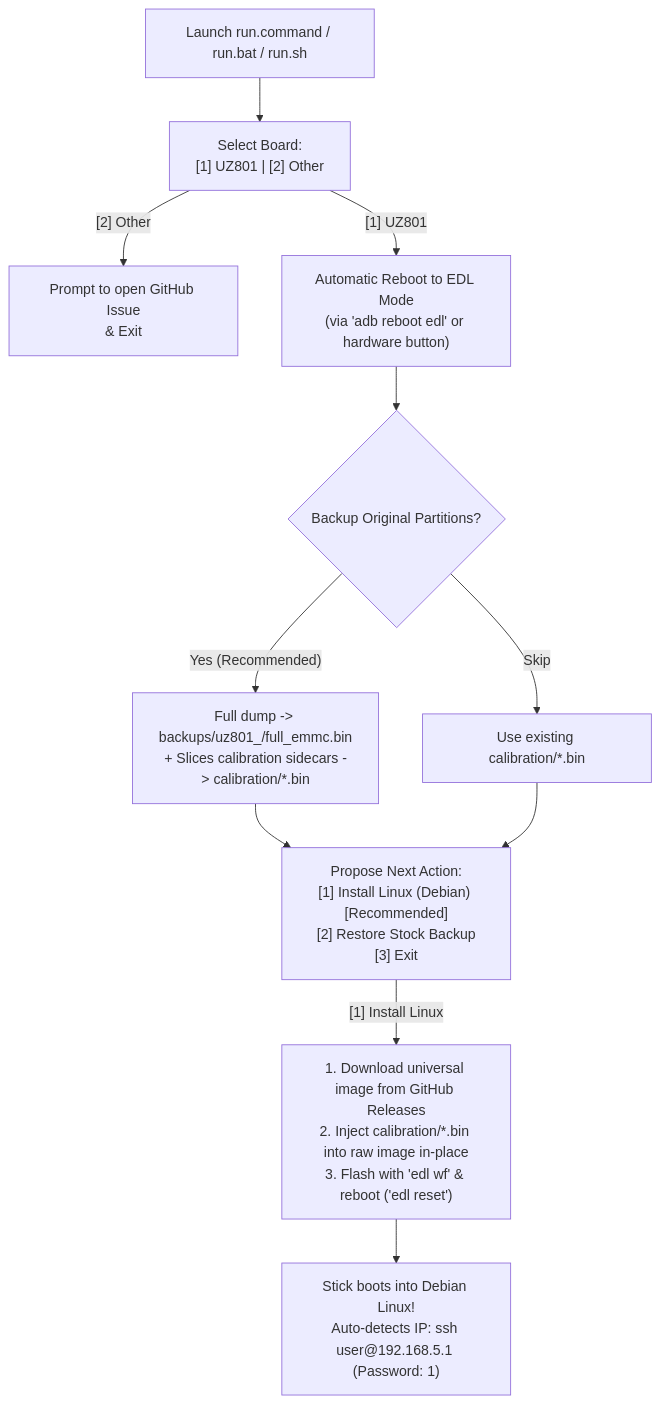
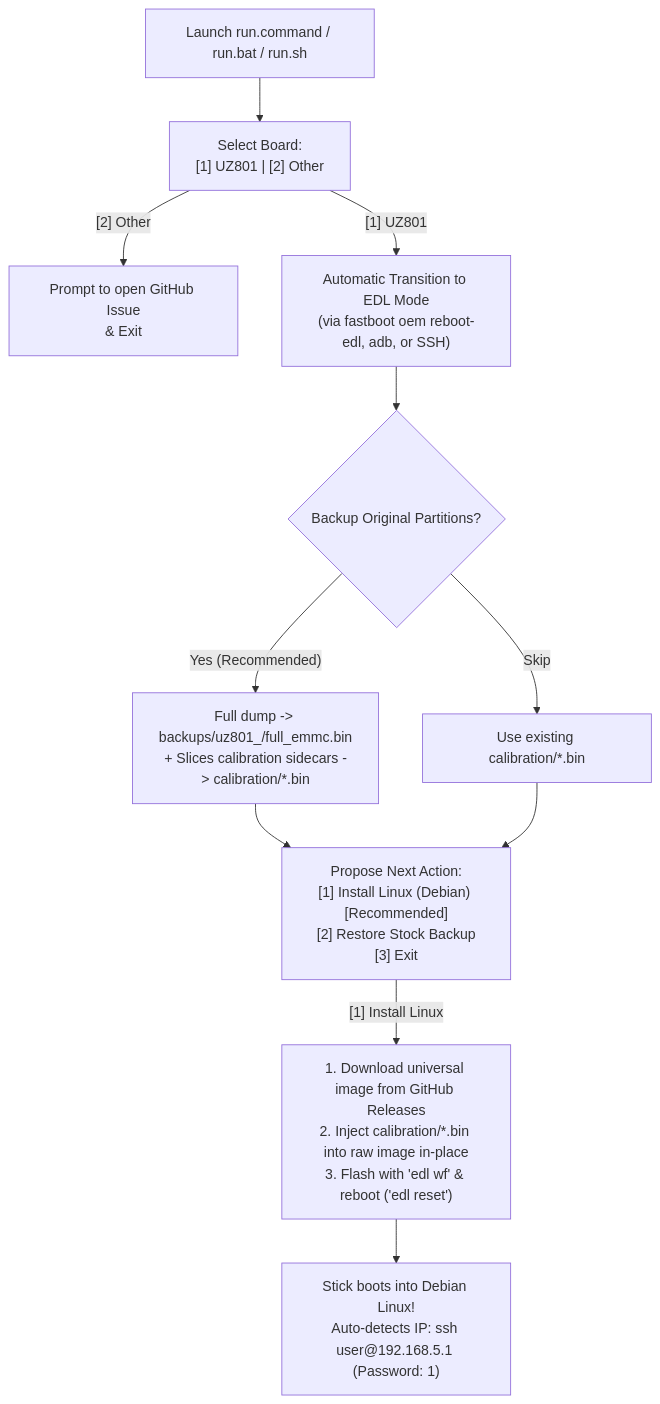
The diagram in README.md (Basistiy/openstick-installer), drawn with Mermaid before and after one commit. The commit also changed other lines of this file and 10 other files, not shown here.

Commit message:
Automatic reboot to edl from linux

````diff
--- a/README.md
+++ b/README.md
@@ -41,13 +41,13 @@
 ```mermaid
 flowchart TD
     A["Launch run.command / run.bat / run.sh"] --> B["Select Board:\n[1] UZ801  |  [2] Other"]
     B -->|"[2] Other"| C["Prompt to open GitHub Issue\n& Exit"]
-    B -->|"[1] UZ801"| D["Automatic Reboot to EDL Mode\n(via 'adb reboot edl' or hardware button)"]
+    B -->|"[1] UZ801"| D["Automatic Transition to EDL Mode\n(via fastboot oem reboot-edl, adb, or SSH)"]
     D --> E{"Backup Original Partitions?"}
     E -->|"Yes (Recommended)"| F["Full dump -> backups/uz801_<ts>/full_emmc.bin\n+ Slices calibration sidecars -> calibration/*.bin"]
     E -->|"Skip"| G["Use existing calibration/*.bin"]
     F --> H["Propose Next Action:\n[1] Install Linux (Debian) [Recommended]\n[2] Restore Stock Backup\n[3] Exit"]
     G --> H
     H -->|"[1] Install Linux"| I["1. Download universal image from GitHub Releases\n2. Inject calibration/*.bin into raw image in-place\n3. Flash with 'edl wf' & reboot ('edl reset')"]
     I --> J["Stick boots into Debian Linux!\nAuto-detects IP: ssh user@192.168.5.1 (Password: 1)"]
 ```
````
